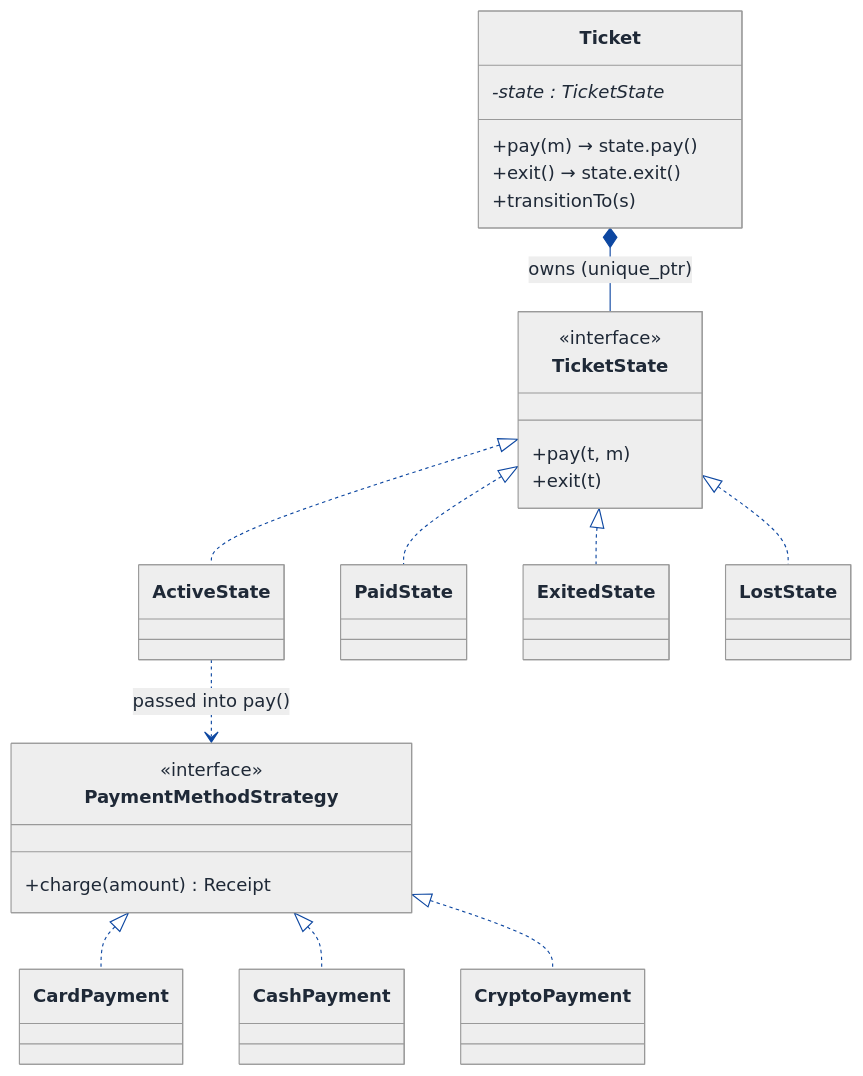
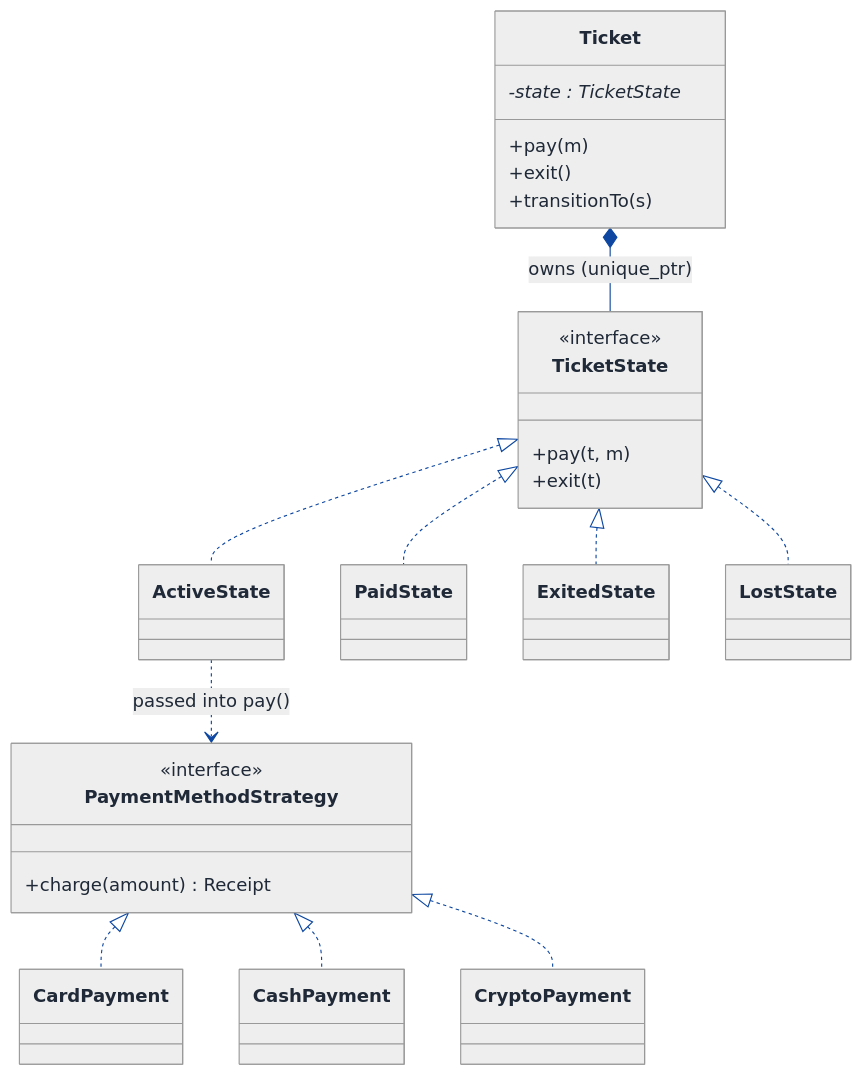
Before and after one commit to Prateek-5/question-bank: the sixth of 8 diagrams in LLD/Topics/Object_Oriented_Design/Parking_Lot.md, drawn with Mermaid. The commit also changed other lines of this file and 61 other files, not shown here.

First line of the commit message:
Fix invalid mermaid classDiagram member syntax across LLD walkthroughs

````diff
--- a/LLD/Topics/Object_Oriented_Design/Parking_Lot.md
+++ b/LLD/Topics/Object_Oriented_Design/Parking_Lot.md
@@ -933,67 +932,67 @@
 ```mermaid
 ---
 config:
   theme: neutral
   themeVariables:
     background: '#ffffff'
     primaryColor: '#cfe2ff'
     primaryTextColor: '#1f2937'
     primaryBorderColor: '#084298'
     secondaryColor: '#fff3cd'
     secondaryTextColor: '#1f2937'
     secondaryBorderColor: '#664d03'
     tertiaryColor: '#d1e7dd'
     tertiaryTextColor: '#1f2937'
     tertiaryBorderColor: '#0a3622'
     lineColor: '#0d47a1'
     textColor: '#1f2937'
     noteBkgColor: '#fff3cd'
     noteTextColor: '#1f2937'
     noteBorderColor: '#997404'
     actorBkg: '#cfe2ff'
     actorBorder: '#084298'
     actorTextColor: '#1f2937'
     signalColor: '#0d47a1'
     signalTextColor: '#1f2937'
     labelBoxBkgColor: '#ffffff'
     labelBoxBorderColor: '#d3d3d3'
     labelTextColor: '#1f2937'
     edgeLabelBackground: '#ffffff'
     labelBackground: '#ffffff'
     classText: '#1f2937'
     fontFamily: 'system-ui, -apple-system, Segoe UI, Helvetica, Arial, sans-serif'
 ---
 classDiagram
   direction TB
   class Ticket {
     -state : TicketState*
-    +pay(m)   → state.pay()
-    +exit()   → state.exit()
+    +pay(m)
+    +exit()
     +transitionTo(s)
   }
   class TicketState {
     <<interface>>
     +pay(t, m)
     +exit(t)
   }
   class PaymentMethodStrategy {
     <<interface>>
     +charge(amount) Receipt
   }
   class ActiveState
   class PaidState
   class ExitedState
   class LostState
   class CardPayment
   class CashPayment
   class CryptoPayment
   Ticket *-- TicketState : owns (unique_ptr)
   TicketState <|.. ActiveState
   TicketState <|.. PaidState
   TicketState <|.. ExitedState
   TicketState <|.. LostState
   PaymentMethodStrategy <|.. CardPayment
   PaymentMethodStrategy <|.. CashPayment
   PaymentMethodStrategy <|.. CryptoPayment
   ActiveState ..> PaymentMethodStrategy : passed into pay()
 ```
````
